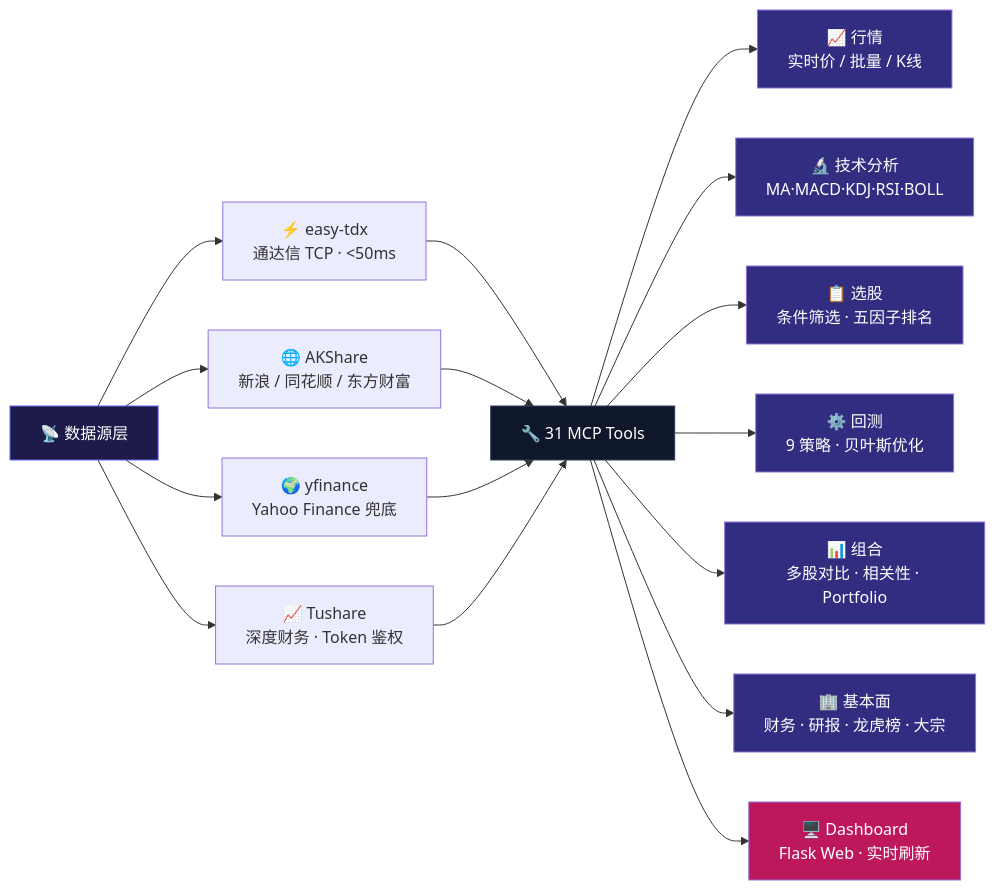
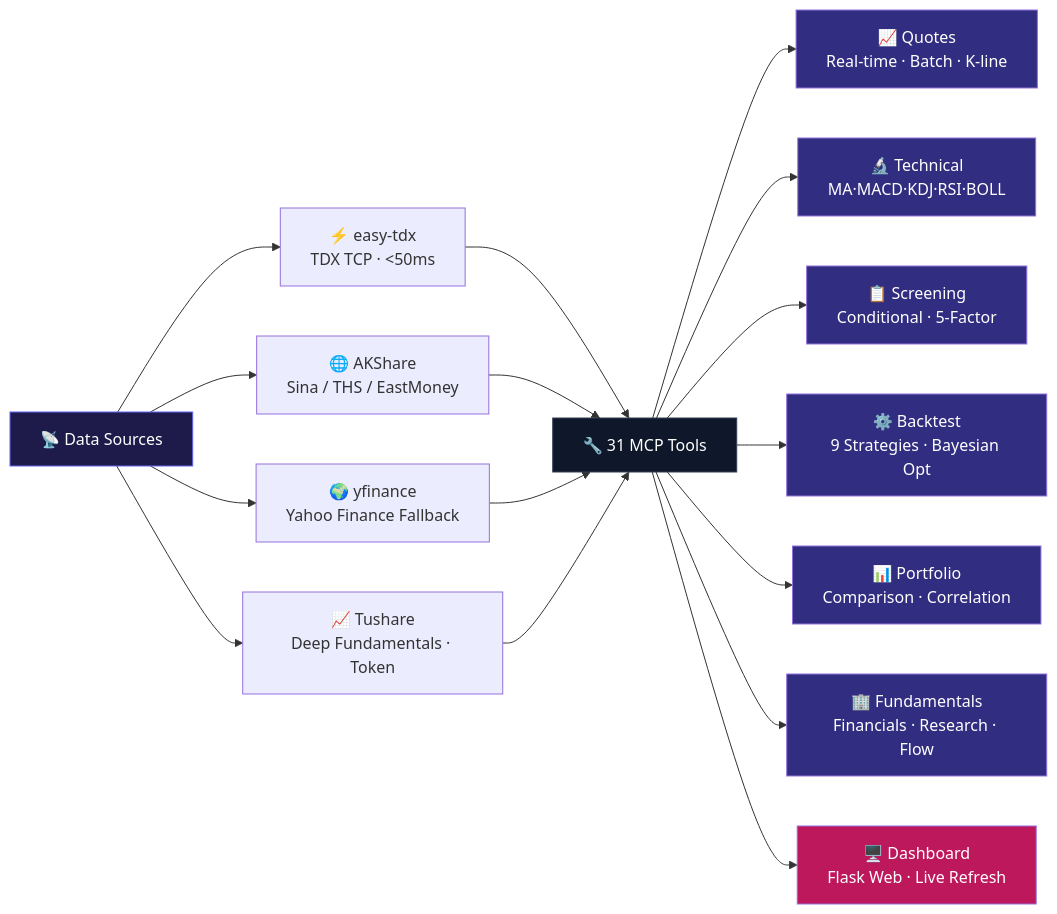
One commit to ojkkk/mcp-finance changed the diagram in README.md. Above: the diagram before and after it, drawn with Mermaid. The commit also changed other lines of this file and 2 other files, not shown here.

````diff
--- a/README.md
+++ b/README.md
@@ -64,30 +66,30 @@
 ```mermaid
 graph LR
-    A["📡 数据源层"] --> B["⚡ easy-tdx<br/>通达信 TCP · <50ms"]
-    A --> C["🌐 AKShare<br/>新浪 / 同花顺 / 东方财富"]
-    A --> D["🌍 yfinance<br/>Yahoo Finance 兜底"]
-    A --> E["📈 Tushare<br/>深度财务 · Token 鉴权"]
+    A["📡 Data Sources"] --> B["⚡ easy-tdx<br/>TDX TCP · <50ms"]
+    A --> C["🌐 AKShare<br/>Sina / THS / EastMoney"]
+    A --> D["🌍 yfinance<br/>Yahoo Finance Fallback"]
+    A --> E["📈 Tushare<br/>Deep Fundamentals · Token"]
 
     B --> F["🔧 31 MCP Tools"]
     C --> F
     D --> F
     E --> F
 
-    F --> G["📈 行情<br/>实时价 / 批量 / K线"]
-    F --> H["🔬 技术分析<br/>MA·MACD·KDJ·RSI·BOLL"]
-    F --> I["📋 选股<br/>条件筛选 · 五因子排名"]
-    F --> J["⚙️ 回测<br/>9 策略 · 贝叶斯优化"]
-    F --> K["📊 组合<br/>多股对比 · 相关性 · Portfolio"]
-    F --> L["🏢 基本面<br/>财务 · 研报 · 龙虎榜 · 大宗"]
-    F --> M["🖥️ Dashboard<br/>Flask Web · 实时刷新"]
+    F --> G["📈 Quotes<br/>Real-time · Batch · K-line"]
+    F --> H["🔬 Technical<br/>MA·MACD·KDJ·RSI·BOLL"]
+    F --> I["📋 Screening<br/>Conditional · 5-Factor"]
+    F --> J["⚙️ Backtest<br/>9 Strategies · Bayesian Opt"]
+    F --> K["📊 Portfolio<br/>Comparison · Correlation"]
+    F --> L["🏢 Fundamentals<br/>Financials · Research · Flow"]
+    F --> M["🖥️ Dashboard<br/>Flask Web · Live Refresh"]
 
     style A fill:#1e1b4b,stroke:#6366f1,color:#fff
     style F fill:#0f172a,stroke:#334155,color:#fff
     style G fill:#312e81,color:#fff
     style H fill:#312e81,color:#fff
     style I fill:#312e81,color:#fff
     style J fill:#312e81,color:#fff
     style K fill:#312e81,color:#fff
     style L fill:#312e81,color:#fff
     style M fill:#be185d,color:#fff
 ```
````
